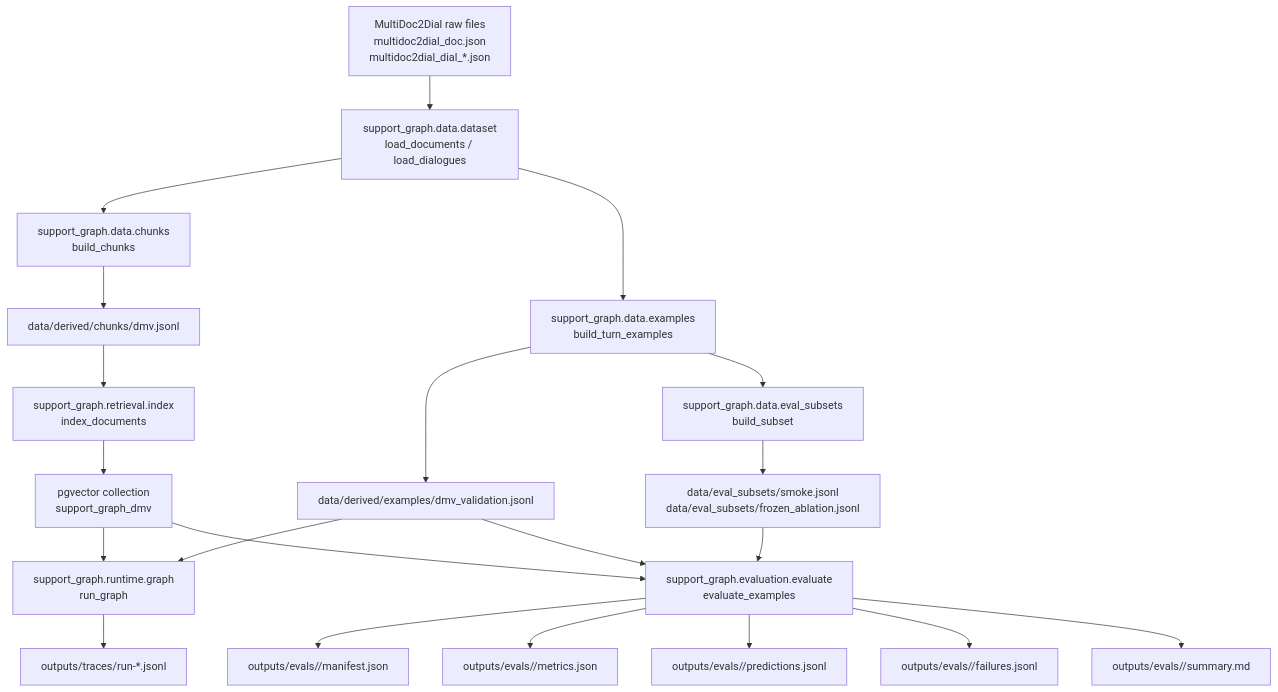
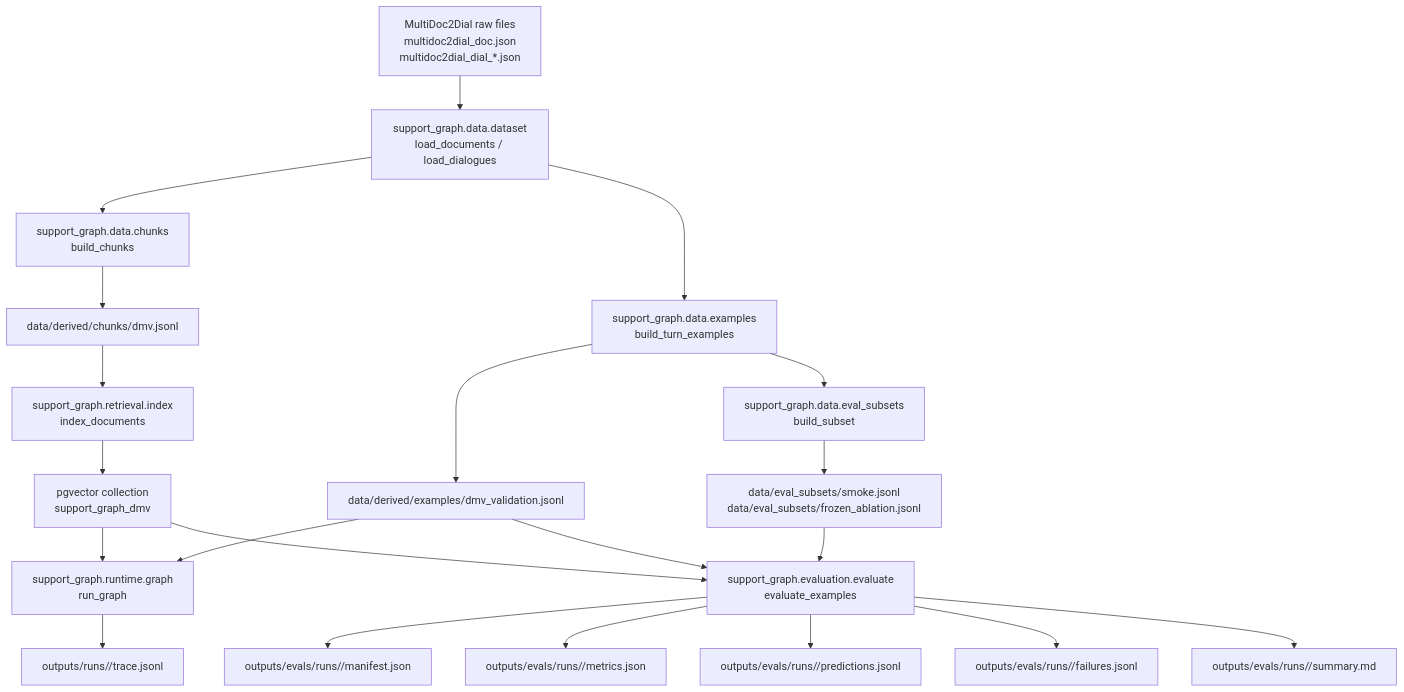
One commit to YgLK/grounded-support-rag changed the sixth of 9 diagrams in README.md. Above: the diagram before and after it, drawn with Mermaid. The commit also changed other lines of this file and 1 other file, not shown here.

````diff
--- a/README.md
+++ b/README.md
@@ -249,23 +265,23 @@
 ```mermaid
 flowchart TD
     A["MultiDoc2Dial raw files<br/>multidoc2dial_doc.json<br/>multidoc2dial_dial_*.json"] --> B["support_graph.data.dataset<br/>load_documents / load_dialogues"]
     B --> C["support_graph.data.chunks<br/>build_chunks"]
     B --> D["support_graph.data.examples<br/>build_turn_examples"]
     D --> E["support_graph.data.eval_subsets<br/>build_subset"]
     C --> F["data/derived/chunks/dmv.jsonl"]
     D --> G["data/derived/examples/dmv_validation.jsonl"]
     E --> H["data/eval_subsets/smoke.jsonl<br/>data/eval_subsets/frozen_ablation.jsonl"]
     F --> I["support_graph.retrieval.index<br/>index_documents"]
     I --> J["pgvector collection<br/>support_graph_dmv"]
     G --> K["support_graph.runtime.graph<br/>run_graph"]
     J --> K
     H --> L["support_graph.evaluation.evaluate<br/>evaluate_examples"]
     G --> L
     J --> L
-    K --> M["outputs/traces/run-*.jsonl"]
-    L --> N["outputs/evals/<run_id>/manifest.json"]
-    L --> O["outputs/evals/<run_id>/metrics.json"]
-    L --> P["outputs/evals/<run_id>/predictions.jsonl"]
-    L --> Q["outputs/evals/<run_id>/failures.jsonl"]
-    L --> R["outputs/evals/<run_id>/summary.md"]
+    K --> M["outputs/runs/<run_id>/trace.jsonl"]
+    L --> N["outputs/evals/runs/<run_id>/manifest.json"]
+    L --> O["outputs/evals/runs/<run_id>/metrics.json"]
+    L --> P["outputs/evals/runs/<run_id>/predictions.jsonl"]
+    L --> Q["outputs/evals/runs/<run_id>/failures.jsonl"]
+    L --> R["outputs/evals/runs/<run_id>/summary.md"]
 ```
````
